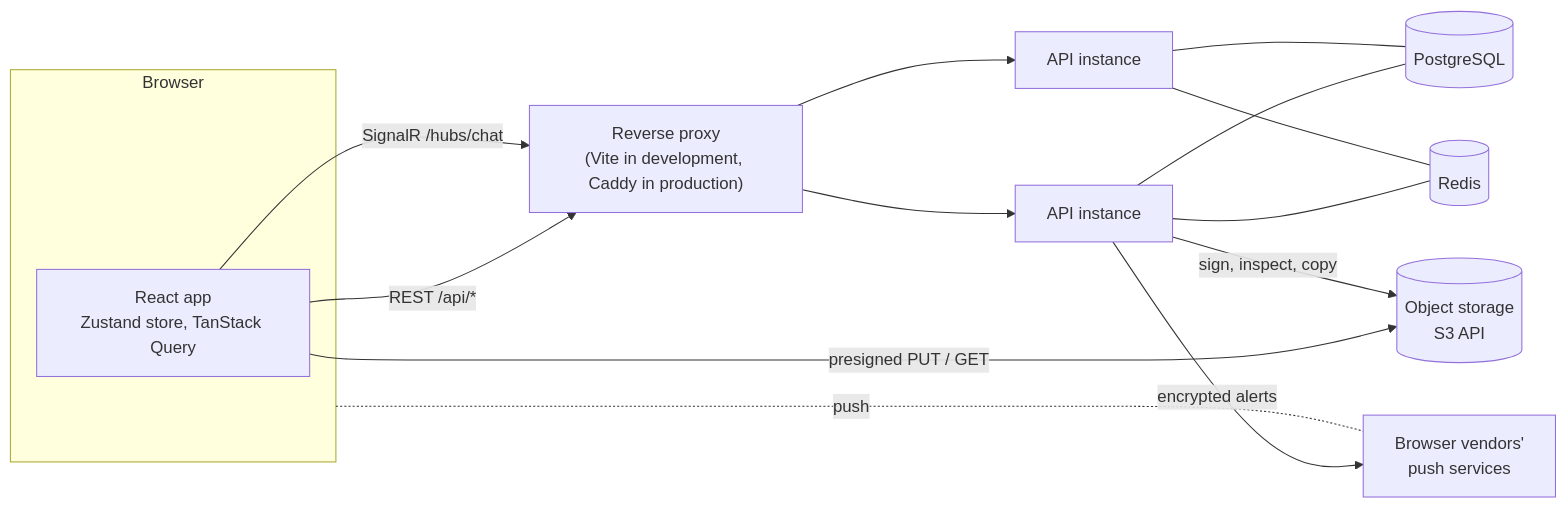
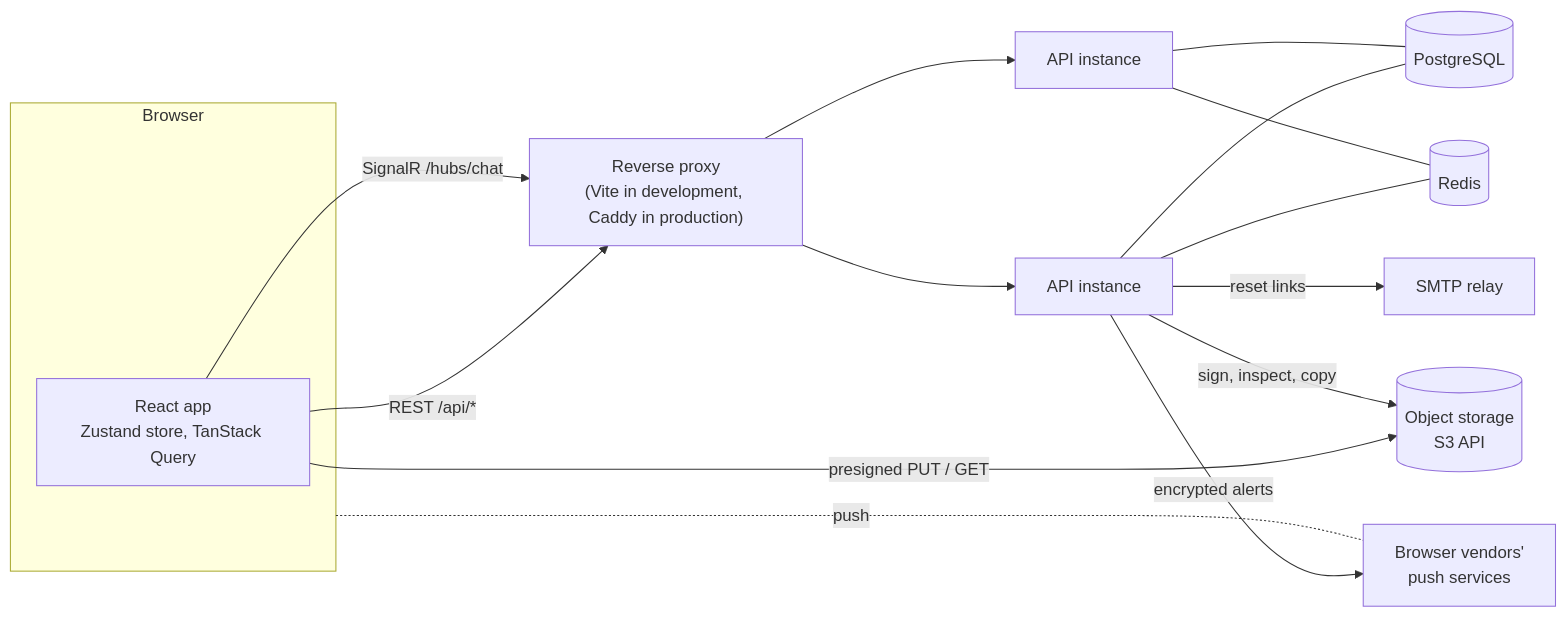
The diagram in docs/architecture/overview.md (Harsh-Moriya/chatnet), drawn with Mermaid before and after one commit. The commit also changed other lines of this file and 17 other files, not shown here.

````diff
--- a/docs/architecture/overview.md
+++ b/docs/architecture/overview.md
@@ -5,18 +5,19 @@
 ```mermaid
 flowchart LR
     subgraph Browser
         SPA["React app<br/>Zustand store, TanStack Query"]
     end
     SPA -- "REST /api/*" --> Proxy
     SPA -- "SignalR /hubs/chat" --> Proxy
     SPA -- "presigned PUT / GET" --> Bucket[("Object storage<br/>S3 API")]
     Proxy["Reverse proxy<br/>(Vite in development, Caddy in production)"] --> API1["API instance"]
     Proxy --> API2["API instance"]
     API1 --- PG[("PostgreSQL")]
     API2 --- PG
     API1 --- Redis[("Redis")]
     API2 --- Redis
     API1 -- "sign, inspect, copy" --> Bucket
     API1 -- "encrypted alerts" --> Push["Browser vendors'<br/>push services"]
+    API1 -- "reset links" --> Mail["SMTP relay"]
     Browser -. "push" .- Push
 ```
````
